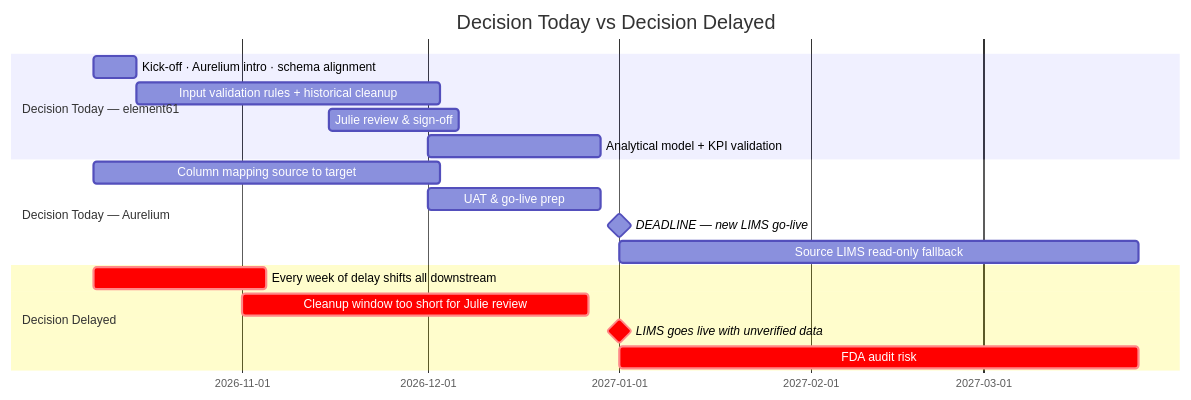
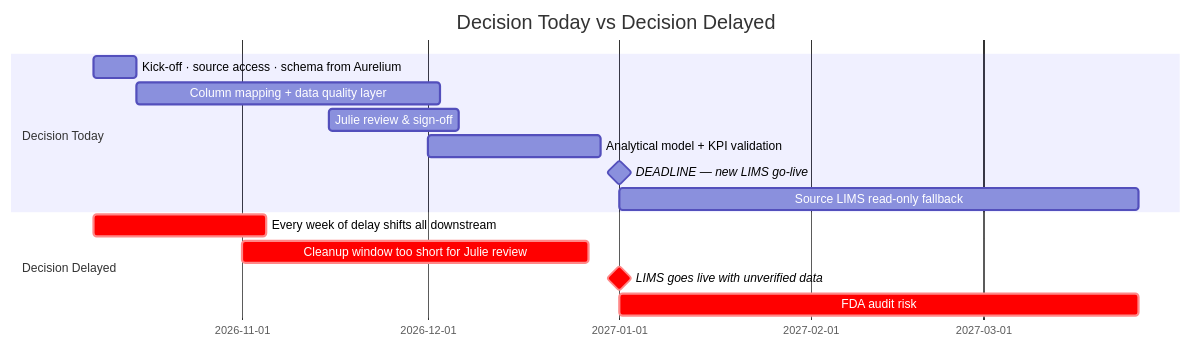
One commit to stefanoslucenae61/hackton_apopo changed the second of 2 diagrams in meeting-notes/poc-presentation-plan.md. Above: the diagram before and after it, drawn with Mermaid. The commit also changed other lines of this file, not shown here.

Commit message:
Revise POC presentation plan: clarify column mapping responsibilities, enhance data quality discussion, and update commitments from APOPO.

````diff
--- a/meeting-notes/poc-presentation-plan.md
+++ b/meeting-notes/poc-presentation-plan.md
@@ -168,20 +168,17 @@
 ```mermaid
 gantt
     title Decision Today vs Decision Delayed
     dateFormat  YYYY-MM-DD
-    section Decision Today — element61
-    Kick-off · Aurelium intro · schema alignment  :h1a, 2026-10-08, 1w
-    Input validation rules + historical cleanup   :h1b, 2026-10-15, 7w
-    Julie review & sign-off                       :h1c, 2026-11-15, 3w
-    Analytical model + KPI validation             :h1d, 2026-12-01, 4w
-    section Decision Today — Aurelium
-    Column mapping source to target               :a1, 2026-10-08, 8w
-    UAT & go-live prep                            :a2, 2026-12-01, 4w
-    DEADLINE — new LIMS go-live                   :milestone, 2027-01-01, 0d
-    Source LIMS read-only fallback                :h1e, 2027-01-01, 12w
+    section Decision Today
+    Kick-off · source access · schema from Aurelium  :h1a, 2026-10-08, 1w
+    Column mapping + data quality layer              :h1b, 2026-10-15, 7w
+    Julie review & sign-off                          :h1c, 2026-11-15, 3w
+    Analytical model + KPI validation                :h1d, 2026-12-01, 4w
+    DEADLINE — new LIMS go-live                      :milestone, 2027-01-01, 0d
+    Source LIMS read-only fallback                   :h1e, 2027-01-01, 12w
     section Decision Delayed
     Every week of delay shifts all downstream     :crit, delay, 2026-10-08, 4w
     Cleanup window too short for Julie review     :crit, 2026-11-01, 8w
     LIMS goes live with unverified data           :milestone, crit, 2027-01-01, 0d
     FDA audit risk                                :crit, 2027-01-01, 12w
 ```
````
